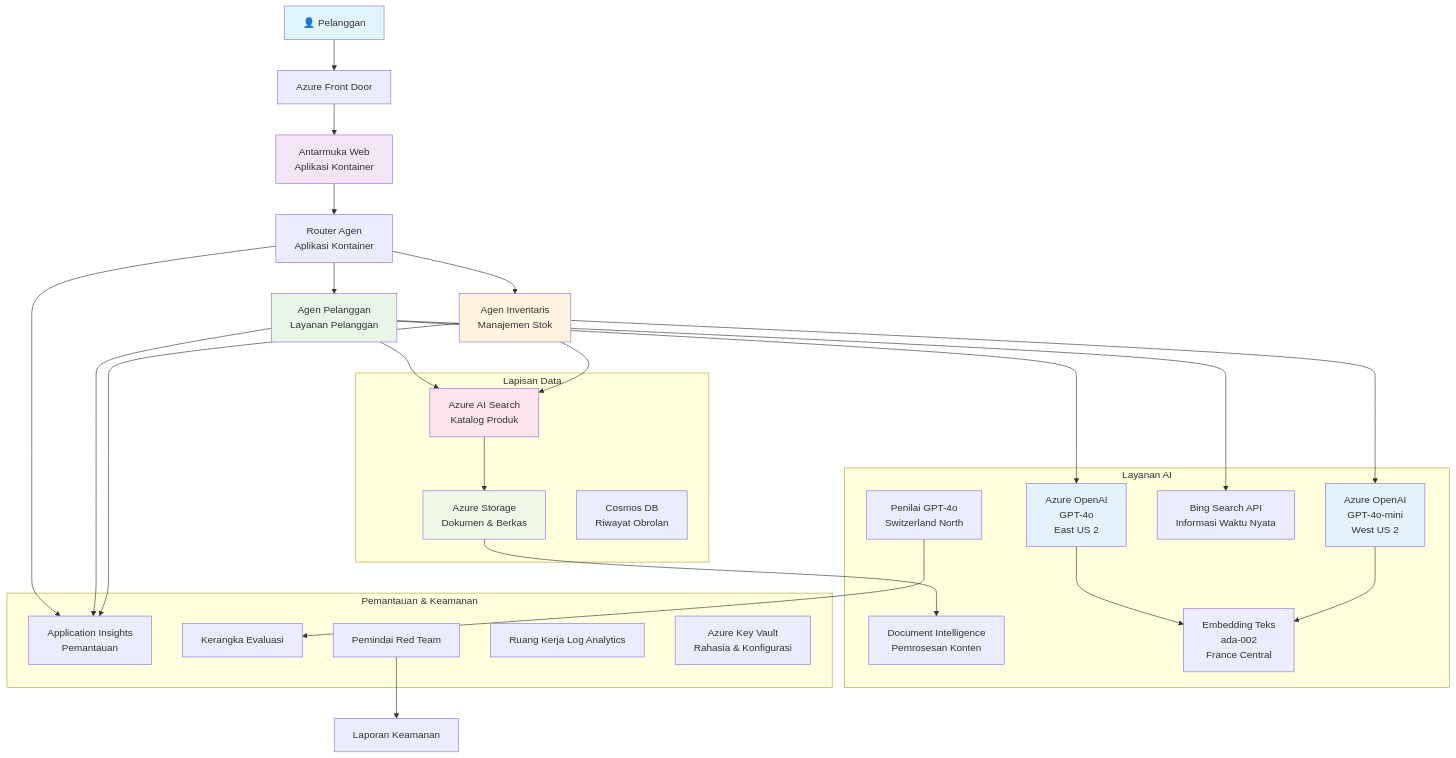
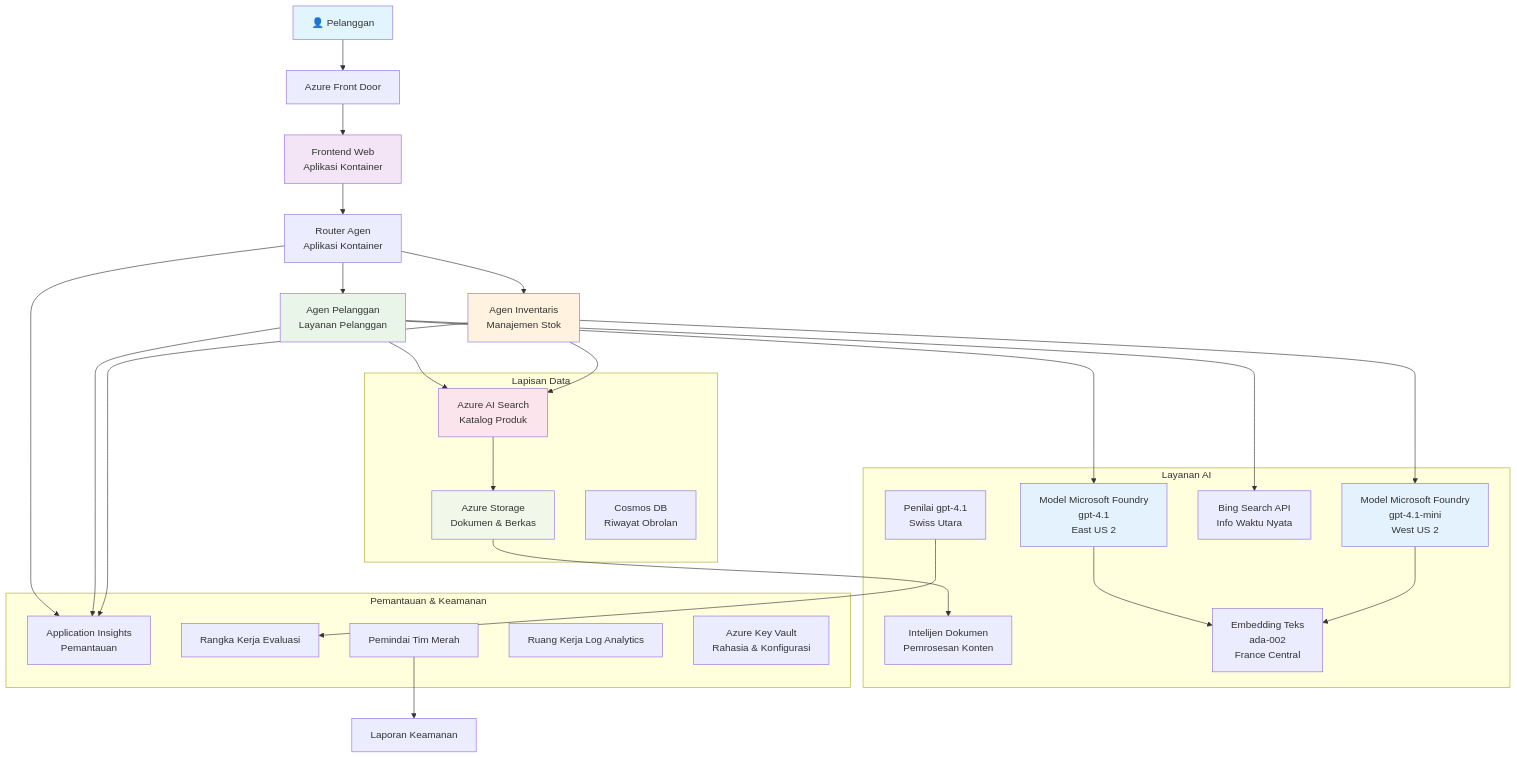
One commit to microsoft/AZD-for-beginners changed the diagram in translations/id/examples/retail-scenario.md. Above: the diagram before and after it, drawn with Mermaid. The commit also changed other lines of this file and 101 other files, not shown here.

````diff
--- a/translations/id/examples/retail-scenario.md
+++ b/translations/id/examples/retail-scenario.md
@@ -139,61 +139,61 @@
 ```mermaid
 graph TB
     User[👤 Pelanggan] --> LB[Azure Front Door]
-    LB --> WebApp[Antarmuka Web<br/>Aplikasi Kontainer]
+    LB --> WebApp[Frontend Web<br/>Aplikasi Kontainer]
     
     WebApp --> Router[Router Agen<br/>Aplikasi Kontainer]
     Router --> CustomerAgent[Agen Pelanggan<br/>Layanan Pelanggan]
     Router --> InvAgent[Agen Inventaris<br/>Manajemen Stok]
     
-    CustomerAgent --> OpenAI1[Azure OpenAI<br/>GPT-4o<br/>East US 2]
-    InvAgent --> OpenAI2[Azure OpenAI<br/>GPT-4o-mini<br/>West US 2]
+    CustomerAgent --> OpenAI1[Model Microsoft Foundry<br/>gpt-4.1<br/>East US 2]
+    InvAgent --> OpenAI2[Model Microsoft Foundry<br/>gpt-4.1-mini<br/>West US 2]
     
     CustomerAgent --> AISearch[Azure AI Search<br/>Katalog Produk]
-    CustomerAgent --> BingSearch[Bing Search API<br/>Informasi Waktu Nyata]
+    CustomerAgent --> BingSearch[Bing Search API<br/>Info Waktu Nyata]
     InvAgent --> AISearch
     
     AISearch --> Storage[Azure Storage<br/>Dokumen & Berkas]
-    Storage --> DocIntel[Document Intelligence<br/>Pemrosesan Konten]
+    Storage --> DocIntel[Intelijen Dokumen<br/>Pemrosesan Konten]
     
     OpenAI1 --> Embeddings[Embedding Teks<br/>ada-002<br/>France Central]
     OpenAI2 --> Embeddings
     
     Router --> AppInsights[Application Insights<br/>Pemantauan]
     CustomerAgent --> AppInsights
     InvAgent --> AppInsights
     
-    GraderModel[Penilai GPT-4o<br/>Switzerland North] --> Evaluation[Kerangka Evaluasi]
-    RedTeam[Pemindai Red Team] --> SecurityReports[Laporan Keamanan]
+    GraderModel[Penilai gpt-4.1<br/>Swiss Utara] --> Evaluation[Rangka Kerja Evaluasi]
+    RedTeam[Pemindai Tim Merah] --> SecurityReports[Laporan Keamanan]
     
     subgraph "Lapisan Data"
         Storage
         AISearch
         CosmosDB[Cosmos DB<br/>Riwayat Obrolan]
     end
     
     subgraph "Layanan AI"
         OpenAI1
         OpenAI2
         Embeddings
         GraderModel
         DocIntel
         BingSearch
     end
     
     subgraph "Pemantauan & Keamanan"
         AppInsights
         LogAnalytics[Ruang Kerja Log Analytics]
         KeyVault[Azure Key Vault<br/>Rahasia & Konfigurasi]
         RedTeam
         Evaluation
     end
     
     style User fill:#e1f5fe
     style WebApp fill:#f3e5f5
     style CustomerAgent fill:#e8f5e8
     style InvAgent fill:#fff3e0
     style OpenAI1 fill:#e3f2fd
     style OpenAI2 fill:#e3f2fd
     style AISearch fill:#fce4ec
     style Storage fill:#f1f8e9
 ```
````
